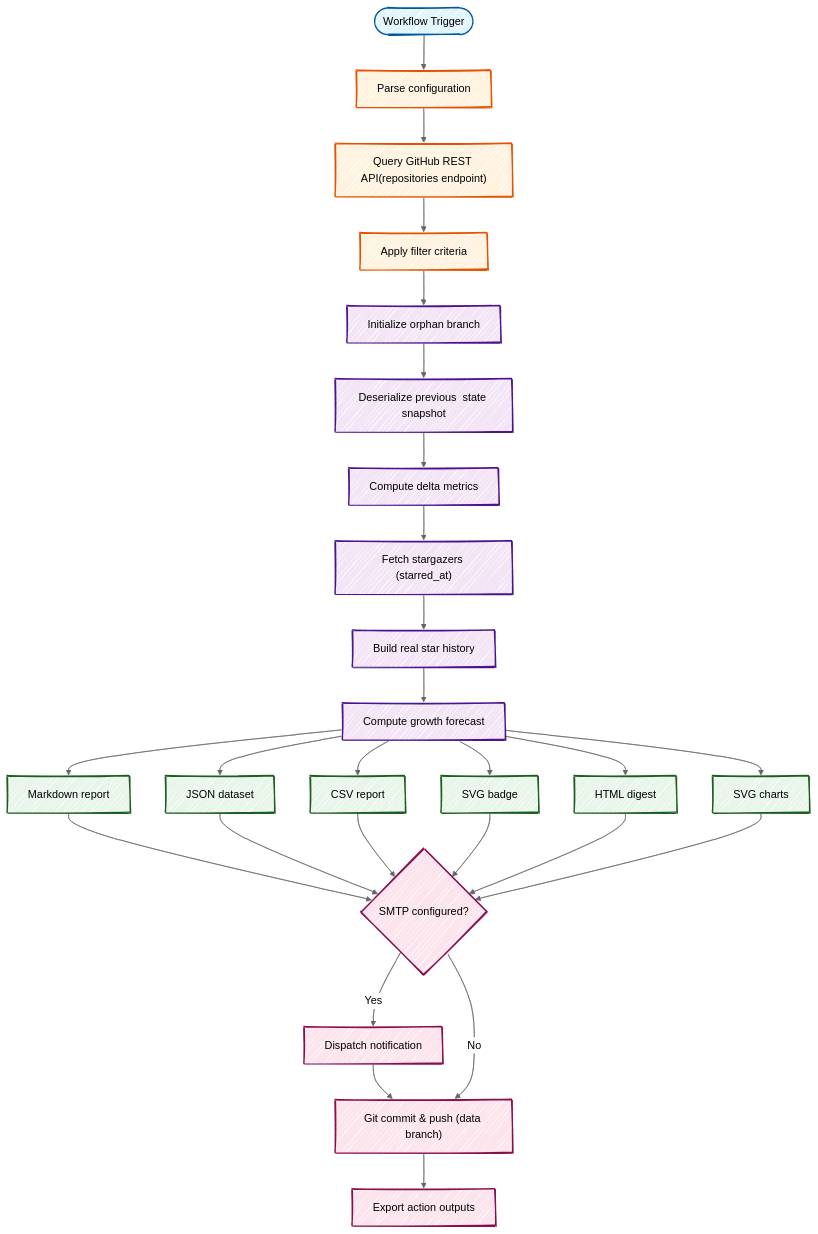
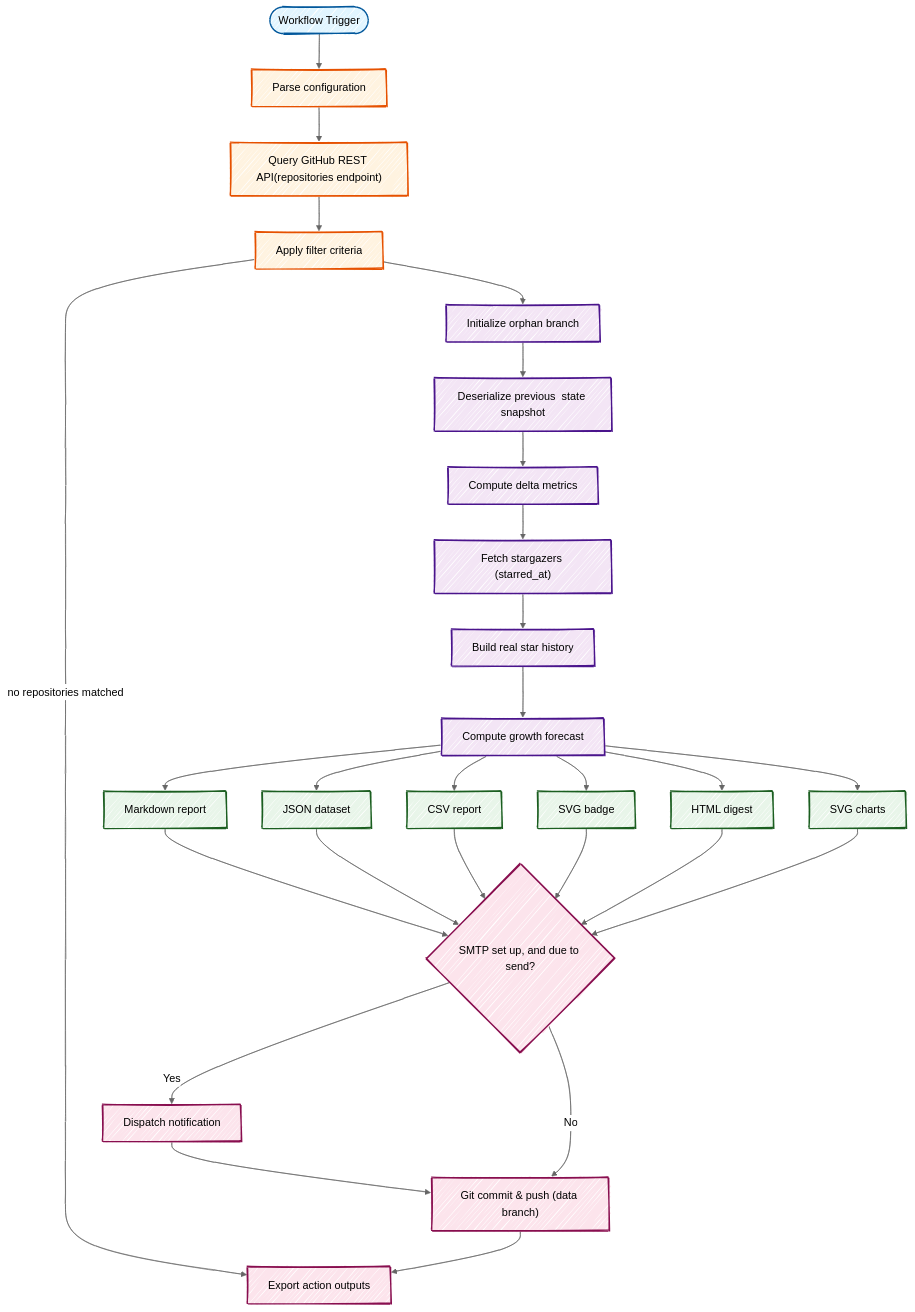
The diagram in README.md (fbuireu/github-star-tracker), drawn with Mermaid before and after one commit. The commit also changed 5 other files, not shown here.

````diff
--- a/README.md
+++ b/README.md
@@ -231,58 +231,59 @@
 ```mermaid
 ---
 config:
   look: handDrawn
   theme: neutral
 ---
 flowchart TD
     trigger(["Workflow Trigger"])
     config["Parse configuration"]
     fetch["Query GitHub REST API(repositories endpoint)"]
     filter["Apply filter criteria"]
     init["Initialize orphan branch"]
     read["Deserialize previous  state snapshot"]
     compare["Compute delta metrics"]
     stargazers["Fetch stargazers (starred_at)"]
     history["Build real star history"]
     forecast["Compute growth forecast"]
     md["Markdown report"]
     json["JSON dataset"]
     csv["CSV report"]
     svg["SVG badge"]
     html["HTML digest"]
     charts["SVG charts"]
     commit["Git commit & push (data branch)"]
     setout["Export action outputs"]
-    email{"SMTP configured?"}
+    email{"SMTP set up, and due to send?"}
     send["Dispatch notification"]
 
     trigger --> config --> fetch --> filter
+    filter -->|no repositories matched| setout
     filter --> init --> read --> compare
     compare --> stargazers --> history --> forecast
     forecast --> md & json & csv & svg & html & charts
     md & json & csv & svg & html & charts --> email
     email -->|Yes| send --> commit
     email -->|No| commit
     commit --> setout
 
     style trigger fill:#e1f5ff,stroke:#01579b,stroke-width:2px
     style config fill:#fff3e0,stroke:#e65100,stroke-width:2px
     style fetch fill:#fff3e0,stroke:#e65100,stroke-width:2px
     style filter fill:#fff3e0,stroke:#e65100,stroke-width:2px
     style init fill:#f3e5f5,stroke:#4a148c,stroke-width:2px
     style read fill:#f3e5f5,stroke:#4a148c,stroke-width:2px
     style compare fill:#f3e5f5,stroke:#4a148c,stroke-width:2px
     style stargazers fill:#f3e5f5,stroke:#4a148c,stroke-width:2px
     style history fill:#f3e5f5,stroke:#4a148c,stroke-width:2px
     style forecast fill:#f3e5f5,stroke:#4a148c,stroke-width:2px
     style md fill:#e8f5e9,stroke:#1b5e20,stroke-width:2px
     style json fill:#e8f5e9,stroke:#1b5e20,stroke-width:2px
     style csv fill:#e8f5e9,stroke:#1b5e20,stroke-width:2px
     style svg fill:#e8f5e9,stroke:#1b5e20,stroke-width:2px
     style html fill:#e8f5e9,stroke:#1b5e20,stroke-width:2px
     style charts fill:#e8f5e9,stroke:#1b5e20,stroke-width:2px
     style commit fill:#fce4ec,stroke:#880e4f,stroke-width:2px
     style setout fill:#fce4ec,stroke:#880e4f,stroke-width:2px
     style email fill:#fce4ec,stroke:#880e4f,stroke-width:2px
     style send fill:#fce4ec,stroke:#880e4f,stroke-width:2px
 ```
````
